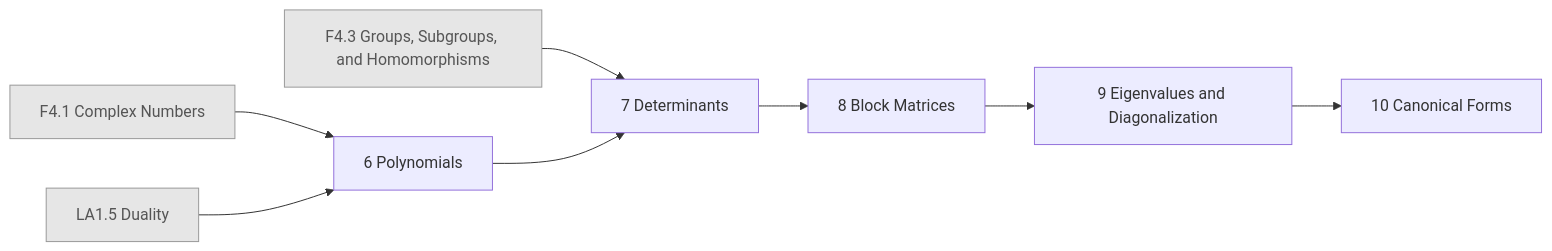
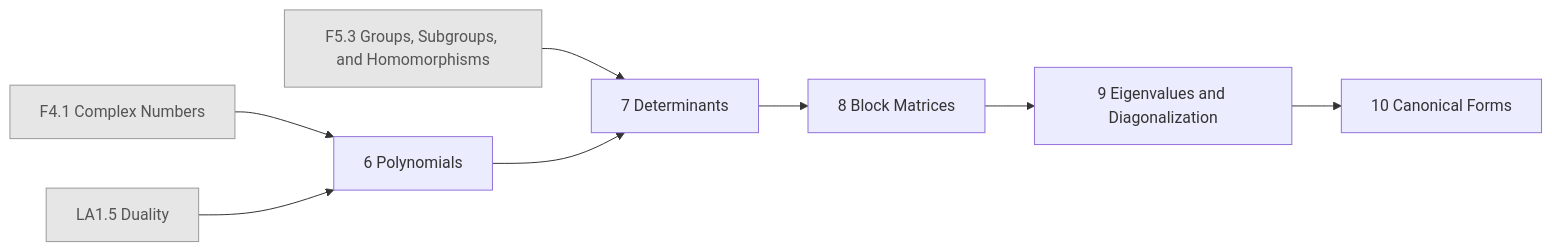
The tenth of 30 diagrams in generated/README.md (AkizumiFox/math-atlas), drawn with Mermaid before and after one commit. The commit also changed other lines of this file and 41 other files, not shown here.

````diff
--- a/generated/README.md
+++ b/generated/README.md
@@ -262,21 +288,21 @@
 ```mermaid
 flowchart LR
   F4_1["F4.1 Complex Numbers"]:::ext
-  F4_3["F4.3 Groups, Subgroups, and Homomorphisms"]:::ext
+  F5_3["F5.3 Groups, Subgroups, and Homomorphisms"]:::ext
   LA1_5["LA1.5 Duality"]:::ext
   LA2_6["6 Polynomials"]
   LA2_7["7 Determinants"]
   LA2_8["8 Block Matrices"]
   LA2_9["9 Eigenvalues and Diagonalization"]
   LA2_10["10 Canonical Forms"]
   F4_1 --> LA2_6
   LA1_5 --> LA2_6
-  F4_3 --> LA2_7
+  F5_3 --> LA2_7
   LA2_6 --> LA2_7
   LA2_7 --> LA2_8
   LA2_8 --> LA2_9
   LA2_9 --> LA2_10
   classDef ext fill:#e6e6e6,stroke:#999,color:#555
   classDef opt fill:#fff,stroke:#999,stroke-dasharray:4 3,color:#555
   classDef segb fill:#f6f6fb,stroke:#99a,color:#333
 ```
````
